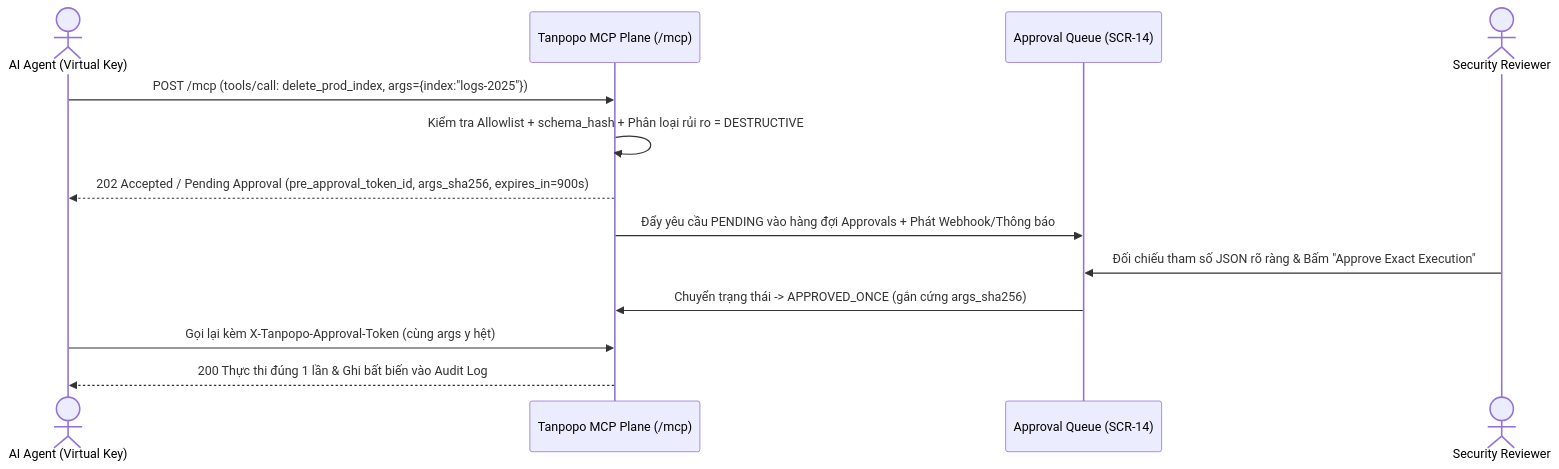
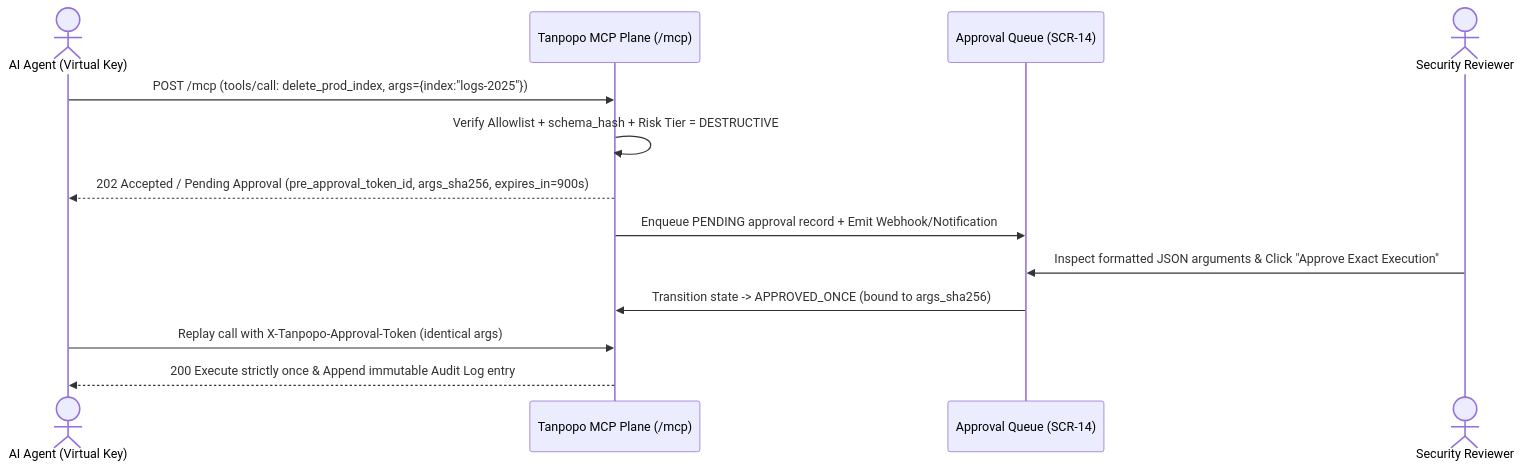
The third of 3 diagrams in docs/ux/user-flows.md (nguywnben/tanpopo), drawn with Mermaid before and after one commit. The commit also changed other lines of this file and 111 other files, not shown here.

````diff
--- a/docs/ux/user-flows.md
+++ b/docs/ux/user-flows.md
@@ -127,16 +127,16 @@
 ```mermaid
 sequenceDiagram
     actor Agent as AI Agent (Virtual Key)
     participant Hub as Tanpopo MCP Plane (/mcp)
     participant Queue as Approval Queue (SCR-14)
     actor Rev as Security Reviewer
 
     Agent->>Hub: POST /mcp (tools/call: delete_prod_index, args={index:"logs-2025"})
-    Hub->>Hub: Kiểm tra Allowlist + schema_hash + Phân loại rủi ro = DESTRUCTIVE
+    Hub->>Hub: Verify Allowlist + schema_hash + Risk Tier = DESTRUCTIVE
     Hub-->>Agent: 202 Accepted / Pending Approval (pre_approval_token_id, args_sha256, expires_in=900s)
-    Hub->>Queue: Đẩy yêu cầu PENDING vào hàng đợi Approvals + Phát Webhook/Thông báo
-    Rev->>Queue: Đối chiếu tham số JSON rõ ràng & Bấm "Approve Exact Execution"
-    Queue->>Hub: Chuyển trạng thái -> APPROVED_ONCE (gắn cứng args_sha256)
-    Agent->>Hub: Gọi lại kèm X-Tanpopo-Approval-Token (cùng args y hệt)
-    Hub-->>Agent: 200 Thực thi đúng 1 lần & Ghi bất biến vào Audit Log
+    Hub->>Queue: Enqueue PENDING approval record + Emit Webhook/Notification
+    Rev->>Queue: Inspect formatted JSON arguments & Click "Approve Exact Execution"
+    Queue->>Hub: Transition state -> APPROVED_ONCE (bound to args_sha256)
+    Agent->>Hub: Replay call with X-Tanpopo-Approval-Token (identical args)
+    Hub-->>Agent: 200 Execute strictly once & Append immutable Audit Log entry
 ```
````
